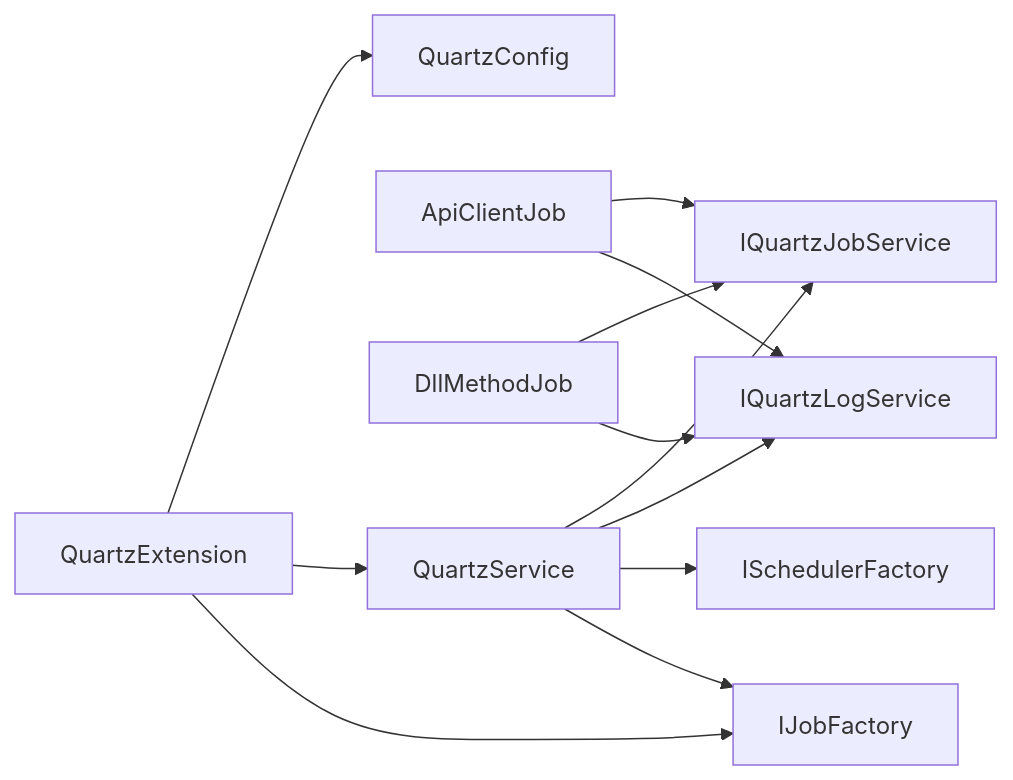
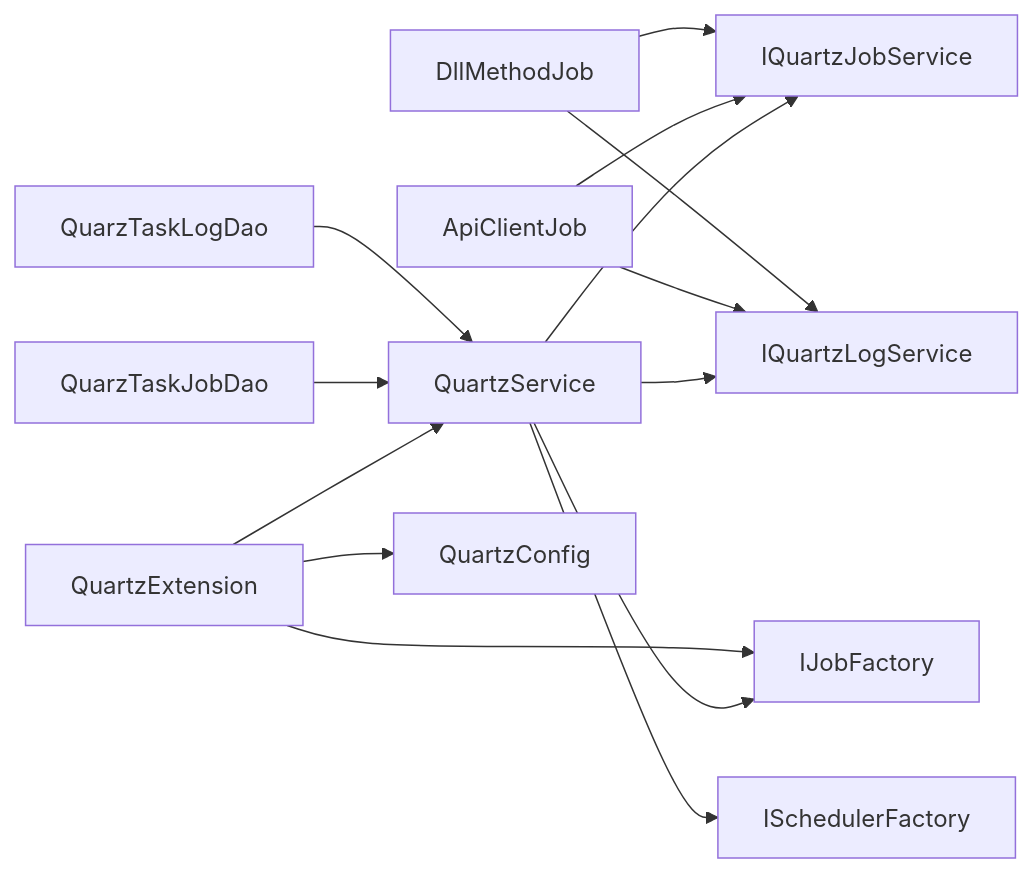
The seventh of 7 diagrams in .qoder/repowiki/zh/content/任务调度系统/任务调度系统.md (leadiot/Scm.Net), drawn with Mermaid before and after one commit. The commit also changed other lines of this file and 126 other files, not shown here.

````diff
--- a/.qoder/repowiki/zh/content/任务调度系统/任务调度系统.md
+++ b/.qoder/repowiki/zh/content/任务调度系统/任务调度系统.md
@@ -362,14 +395,16 @@
 ```mermaid
 graph LR
 QPJ["QuartzService"] --> IJS["IQuartzJobService"]
 QPJ --> ILS["IQuartzLogService"]
 QPJ --> IF["ISchedulerFactory"]
 QPJ --> JF["IJobFactory"]
 APIJ["ApiClientJob"] --> IJS
 APIJ --> ILS
 DLLJ["DllMethodJob"] --> IJS
 DLLJ --> ILS
 EXT["QuartzExtension"] --> CFG["QuartzConfig"]
 EXT --> QPJ
 EXT --> JF
+DAOJ["QuarzTaskJobDao"] --> QPJ
+DAOL["QuarzTaskLogDao"] --> QPJ
 ```
````
